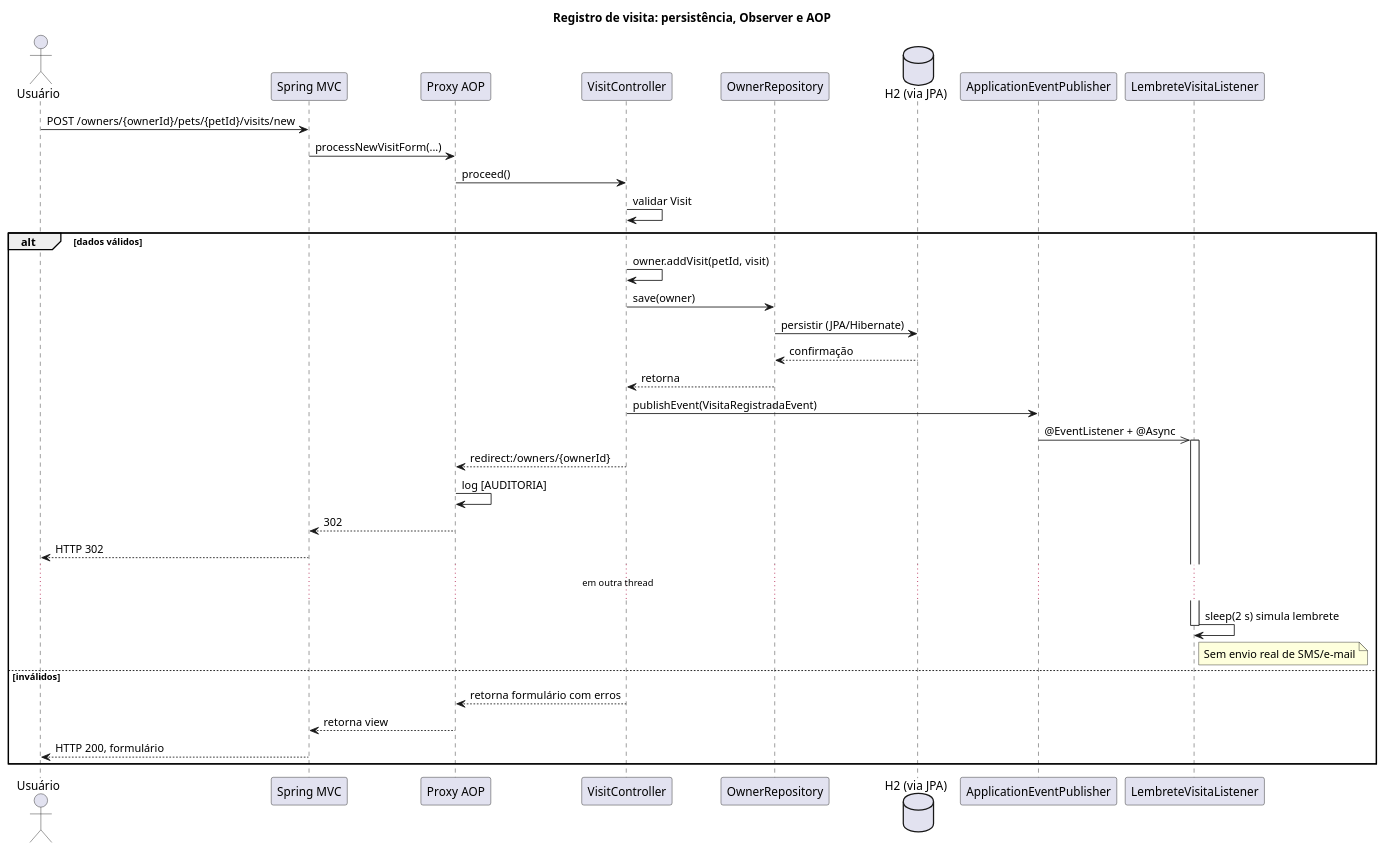
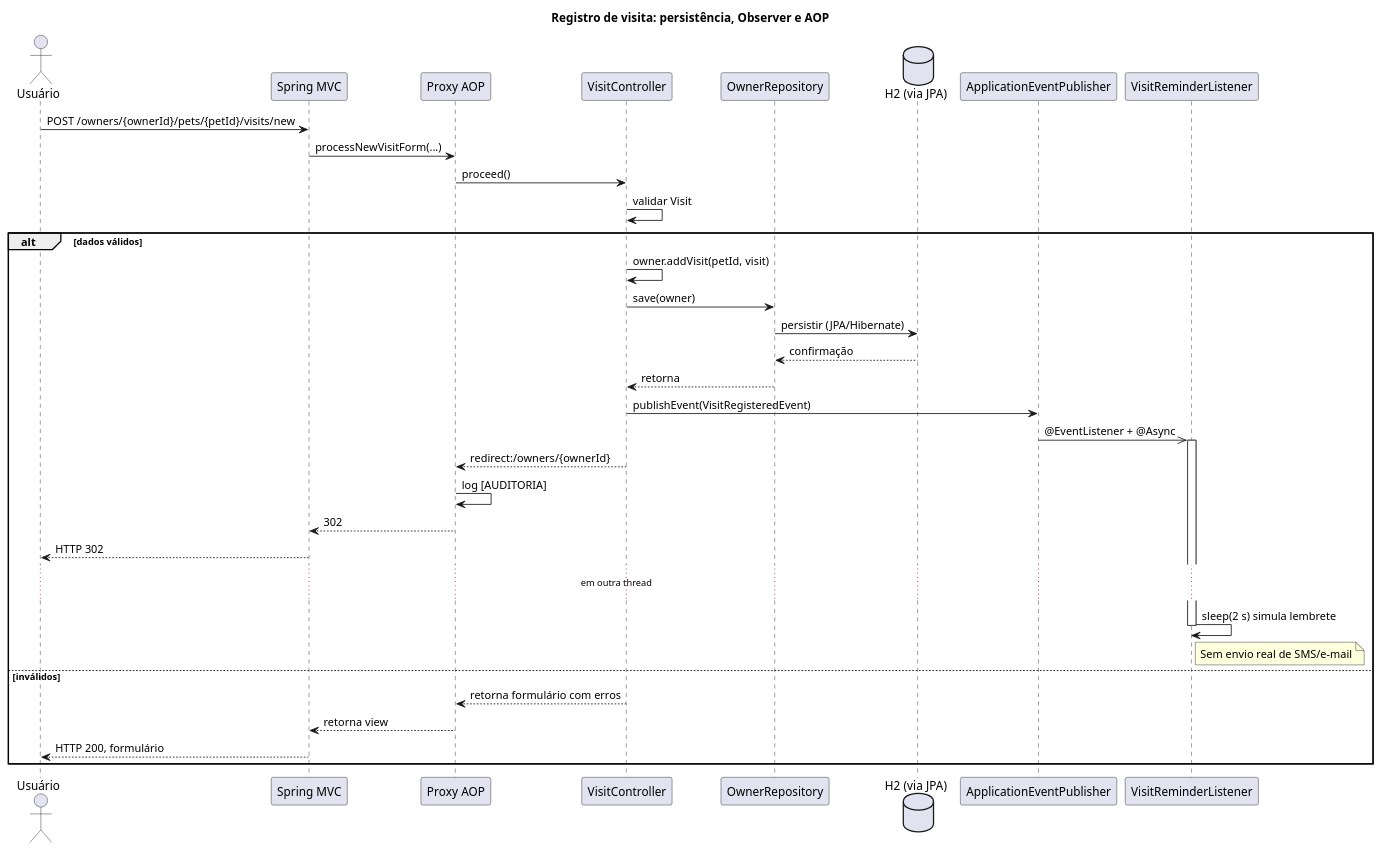
Before and after one commit to GabrielKayran/spring-petclinic: the diagram in docs/uml/puml/04_sequencia_registro_visita.puml, drawn with PlantUML. The commit also changed 115 other files, not shown here.

```diff
--- a/docs/uml/puml/04_sequencia_registro_visita.puml
+++ b/docs/uml/puml/04_sequencia_registro_visita.puml
@@ -1,39 +1,39 @@
 @startuml
 skinparam backgroundColor white
 skinparam shadowing false
 title Registro de visita: persistência, Observer e AOP
 actor "Usuário" as U
 participant "Spring MVC" as MVC
 participant "Proxy AOP" as AOP
 participant "VisitController" as VC
 participant "OwnerRepository" as Repo
 database "H2 (via JPA)" as DB
 participant "ApplicationEventPublisher" as Pub
-participant "LembreteVisitaListener" as Listener
+participant "VisitReminderListener" as Listener
 U -> MVC : POST /owners/{ownerId}/pets/{petId}/visits/new
 MVC -> AOP : processNewVisitForm(...)
 AOP -> VC : proceed()
 VC -> VC : validar Visit
 alt dados válidos
   VC -> VC : owner.addVisit(petId, visit)
   VC -> Repo : save(owner)
   Repo -> DB : persistir (JPA/Hibernate)
   DB --> Repo : confirmação
   Repo --> VC : retorna
-  VC -> Pub : publishEvent(VisitaRegistradaEvent)
+  VC -> Pub : publishEvent(VisitRegisteredEvent)
   Pub ->> Listener : @EventListener + @Async
   activate Listener
   VC --> AOP : redirect:/owners/{ownerId}
   AOP -> AOP : log [AUDITORIA]
   AOP --> MVC : 302
   MVC --> U : HTTP 302
   ... em outra thread ...
   Listener -> Listener : sleep(2 s) simula lembrete
   note right of Listener: Sem envio real de SMS/e-mail
   deactivate Listener
 else inválidos
   VC --> AOP : retorna formulário com erros
   AOP --> MVC : retorna view
   MVC --> U : HTTP 200, formulário
 end
 @enduml
```
